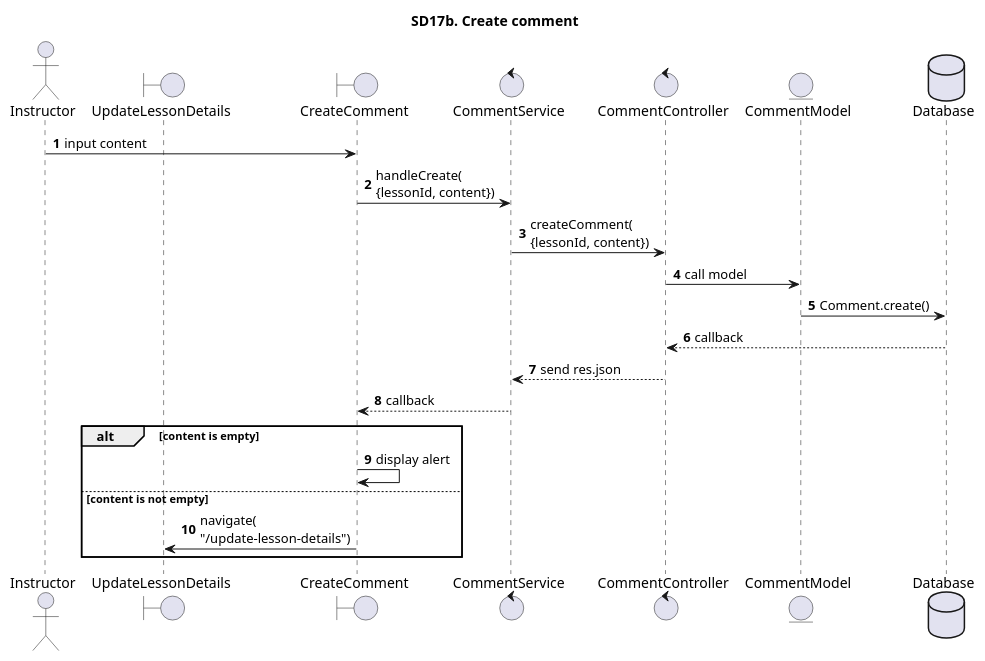
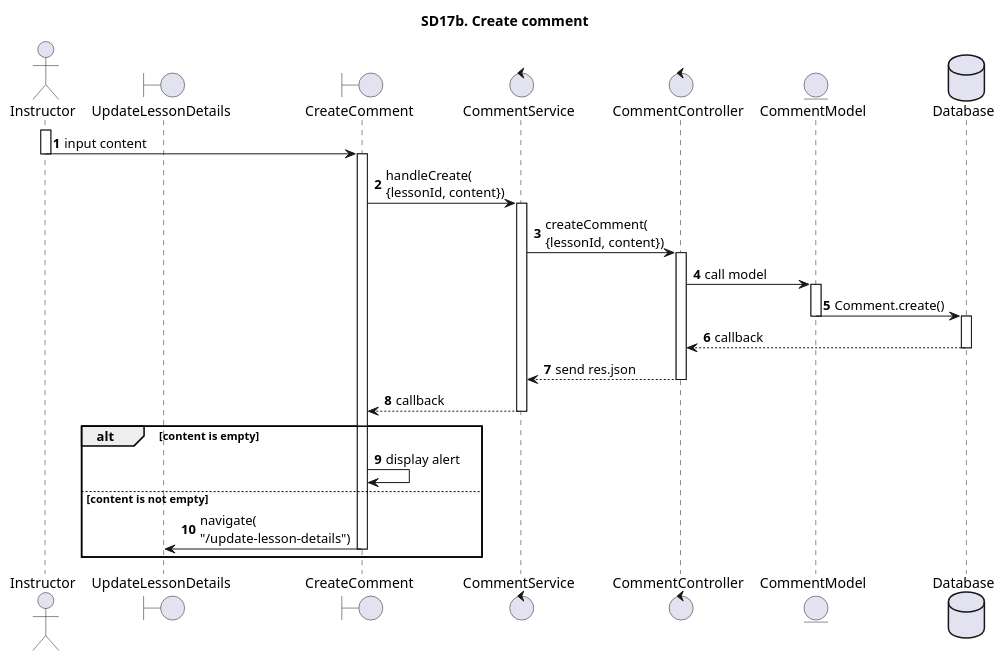
Before and after one commit to The-Cookies-Team/UML-Diagrams: the diagram in SequenceDiagrams/CNPMHDT/New/sd17b.puml, drawn with PlantUML. The commit also changed 12 other files, not shown here.

```diff
--- a/SequenceDiagrams/CNPMHDT/New/sd17b.puml
+++ b/SequenceDiagrams/CNPMHDT/New/sd17b.puml
@@ -1,27 +1,38 @@
 @startuml SQ
 
 autonumber
 
 title SD17b. Create comment
 Actor "Instructor"
 boundary "UpdateLessonDetails"
 boundary "CreateComment"
 control "CommentService"
 control "CommentController"
 entity "CommentModel"
 database "Database" as Database
-
+activate Instructor
 Instructor ->  CreateComment: input content
+deactivate Instructor
+activate CreateComment
 CreateComment -> CommentService: handleCreate(\n{lessonId, content})
+activate CommentService
 CommentService -> CommentController: createComment(\n{lessonId, content})
+activate CommentController
 CommentController -> CommentModel: call model
+activate CommentModel
 CommentModel -> Database: Comment.create()
+deactivate CommentModel
+activate Database
 Database --> CommentController: callback
+deactivate Database
 CommentController --> CommentService: send res.json
+deactivate CommentController
 CommentService --> CreateComment: callback
+deactivate CommentService
 alt content is empty 
 CreateComment -> CreateComment: display alert
 else content is not empty
 CreateComment -> UpdateLessonDetails: navigate(\n"/update-lesson-details")
+deactivate CreateComment
 end
 @enduml
```
